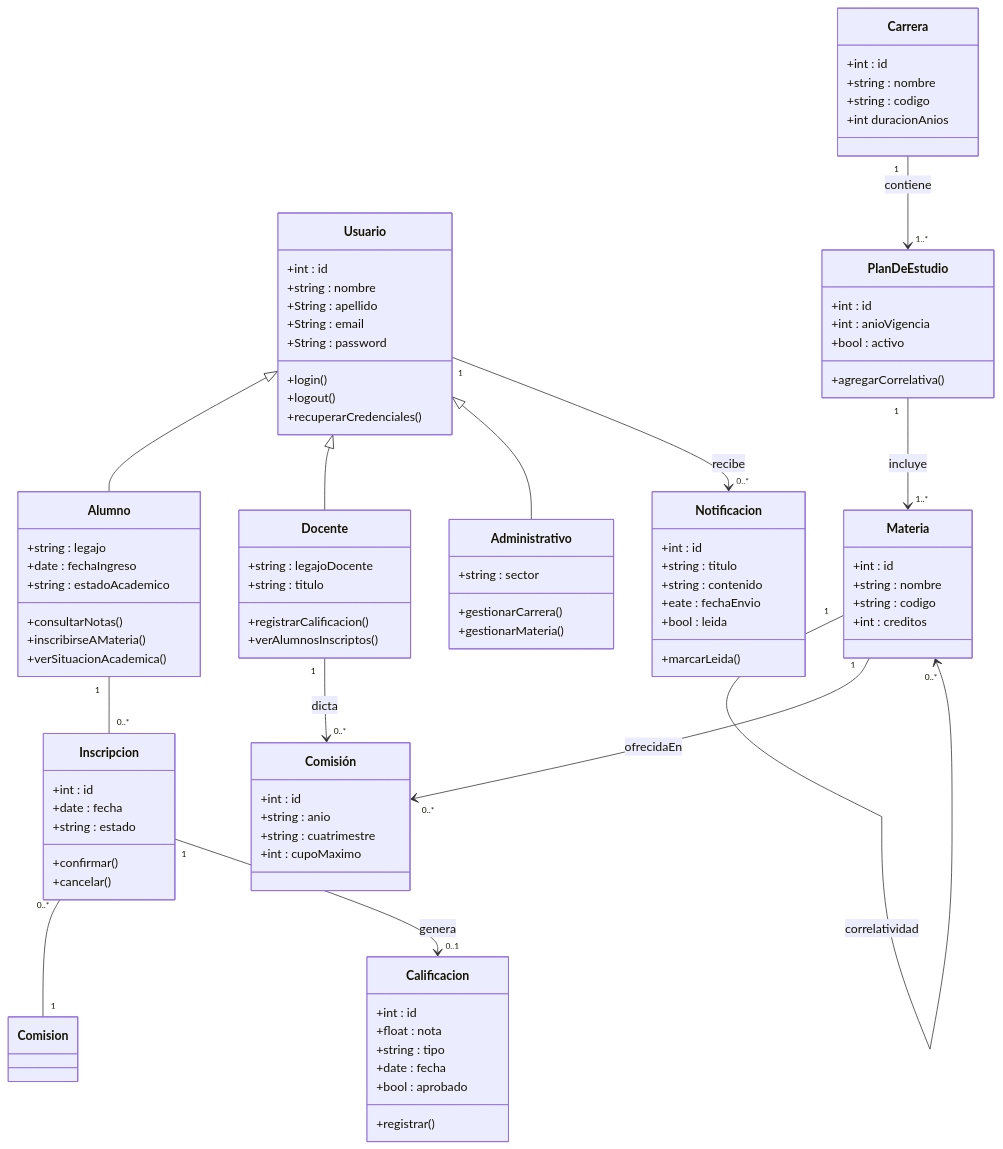
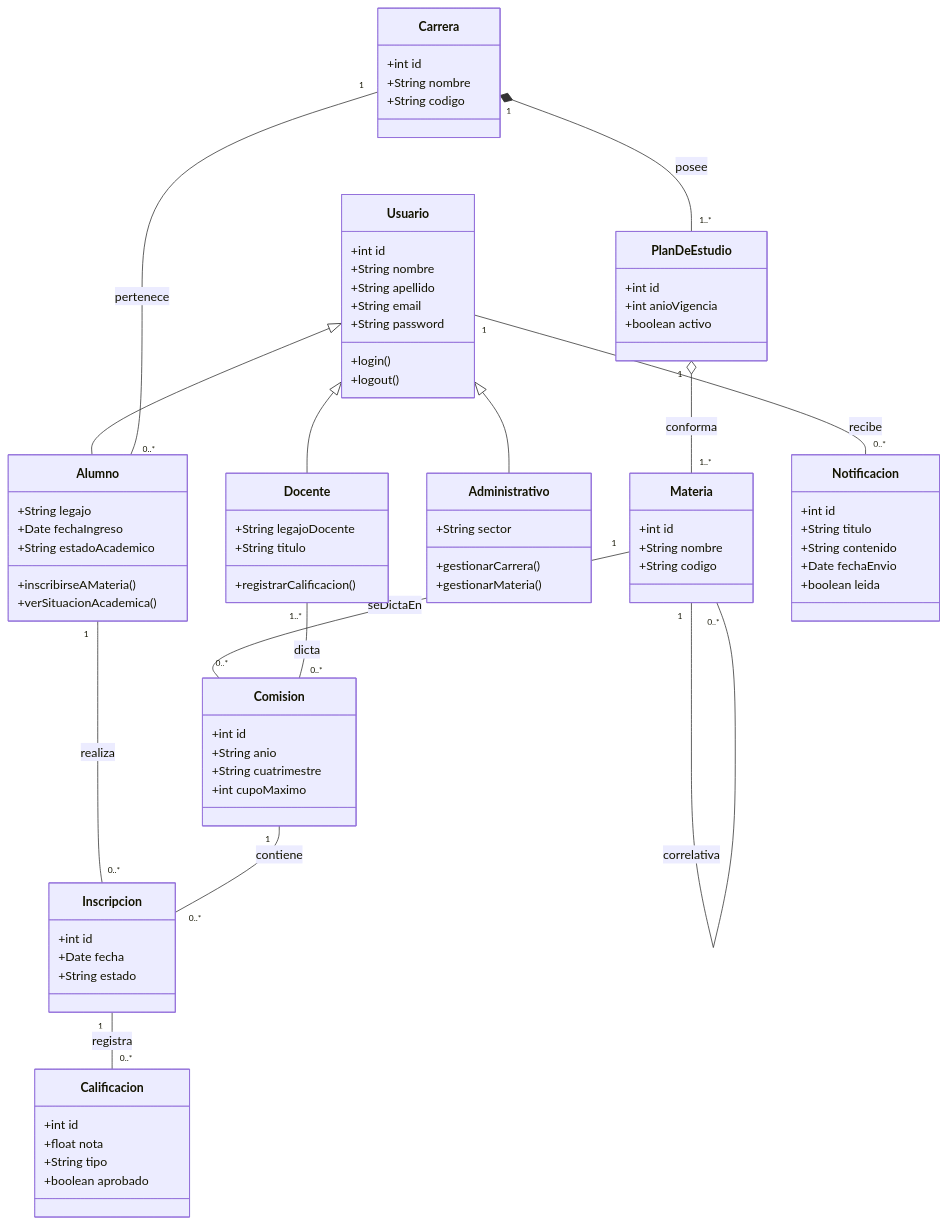
One commit to Jp-004/Ingenieria-de-software changed the diagram in Requirements.md. Above: the diagram before and after it, drawn with Mermaid.

````diff
--- a/Requirements.md
+++ b/Requirements.md
@@ -99,100 +99,86 @@
 ```mermaid
 classDiagram
     class Usuario {
-        +int : id
-        +string : nombre
-        +String : apellido
-        +String : email
-        +String : password
+        +int id
+        +String nombre
+        +String apellido
+        +String email
+        +String password
         +login()
         +logout()
-        +recuperarCredenciales()
     }
     class Alumno {
-        +string : legajo
-        +date : fechaIngreso
-        +string : estadoAcademico
-        +consultarNotas()
+        +String legajo
+        +Date fechaIngreso
+        +String estadoAcademico
         +inscribirseAMateria()
         +verSituacionAcademica()
     }
     class Docente {
-        +string : legajoDocente
-        +string : titulo
+        +String legajoDocente
+        +String titulo
         +registrarCalificacion()
-        +verAlumnosInscriptos()
     }
     class Administrativo {
-        +string : sector
+        +String sector
         +gestionarCarrera()
         +gestionarMateria()
     }
     class Carrera {
-        +int : id
-        +string : nombre
-        +string : codigo
-        +int duracionAnios
+        +int id
+        +String nombre
+        +String codigo
     }
     class PlanDeEstudio {
-        +int : id
-        +int : anioVigencia
-        +bool : activo
-        +agregarCorrelativa()
+        +int id
+        +int anioVigencia
+        +boolean activo
     }
     class Materia {
-        +int : id
-        +string : nombre
-        +string : codigo
-        +int : creditos
+        +int id
+        +String nombre
+        +String codigo
     }
-
-    class Comisión {
-        +int : id
-        +string : anio
-        +string : cuatrimestre
-        +int : cupoMaximo
+    class Comision {
+        +int id
+        +String anio
+        +String cuatrimestre
+        +int cupoMaximo
     }
     class Inscripcion {
-        +int : id
-        +date : fecha
-        +string : estado
-        +confirmar()
-        +cancelar()
+        +int id
+        +Date fecha
+        +String estado
     }
     class Calificacion {
-        +int : id
-        +float : nota
-        +string : tipo
-        +date : fecha
-        +bool : aprobado
-        +registrar()
+        +int id
+        +float nota
+        +String tipo
+        +boolean aprobado
     }
     class Notificacion {
-        +int : id
-        +string : titulo
-        +string : contenido
-        +eate : fechaEnvio
-        +bool : leida
-        +marcarLeida()
+        +int id
+        +String titulo
+        +String contenido
+        +Date fechaEnvio
+        +boolean leida
     }
-
 
     Usuario <|-- Alumno
     Usuario <|-- Docente
     Usuario <|-- Administrativo
 
-    Carrera "1" --> "1..*" PlanDeEstudio : contiene
-    PlanDeEstudio "1" --> "1..*" Materia : incluye
-    Materia "1" --> "0..*" Materia : correlatividad
+    Carrera "1" -- "0..*" Alumno : pertenece
+    Carrera "1" *-- "1..*" PlanDeEstudio : posee
+    PlanDeEstudio "1" o-- "1..*" Materia : conforma
+    Materia "1" -- "0..*" Materia : correlativa
 
-    Materia "1" --> "0..*" Comisión : ofrecidaEn
-    Docente "1" --> "0..*" Comisión : dicta
+    Materia "1" -- "0..*" Comision : seDictaEn
+    Docente "1..*" -- "0..*" Comision : dicta
 
-    Alumno "1" -- "0..*" Inscripcion
-    Inscripcion "0..*" -- "1" Comision
-
-    Inscripcion "1" --> "0..1" Calificacion : genera
-
-    Usuario "1" --> "0..*" Notificacion : recibe
+    Alumno "1" -- "0..*" Inscripcion : realiza
+    Comision "1" -- "0..*" Inscripcion : contiene
+    Inscripcion "1" -- "0..*" Calificacion : registra
+    Usuario "1" -- "0..*" Notificacion : recibe
 
 ```
````
